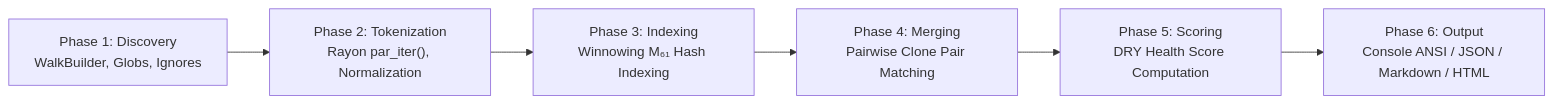
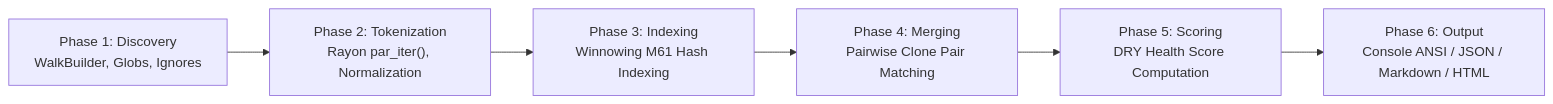
The second of 2 diagrams in docs/ARCHITECTURE.md (GrigorTonikyan/cddm), drawn with Mermaid before and after one commit. The commit also changed other lines of this file and 5 other files, not shown here.

````diff
--- a/docs/ARCHITECTURE.md
+++ b/docs/ARCHITECTURE.md
@@ -45,8 +45,8 @@
 ```mermaid
 flowchart LR
     A["Phase 1: Discovery<br/>WalkBuilder, Globs, Ignores"] --> B["Phase 2: Tokenization<br/>Rayon par_iter(), Normalization"]
-    B --> C["Phase 3: Indexing<br/>Winnowing M₆₁ Hash Indexing"]
+    B --> C["Phase 3: Indexing<br/>Winnowing M61 Hash Indexing"]
     C --> D["Phase 4: Merging<br/>Pairwise Clone Pair Matching"]
     D --> E["Phase 5: Scoring<br/>DRY Health Score Computation"]
     E --> F["Phase 6: Output<br/>Console ANSI / JSON / Markdown / HTML"]
 ```
````
